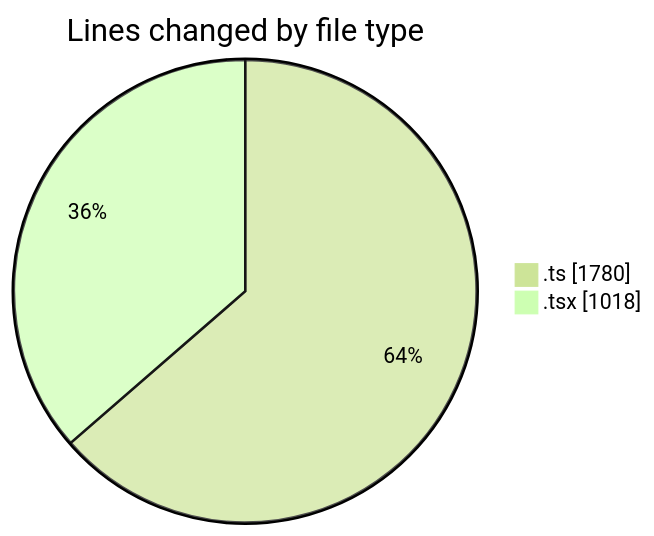
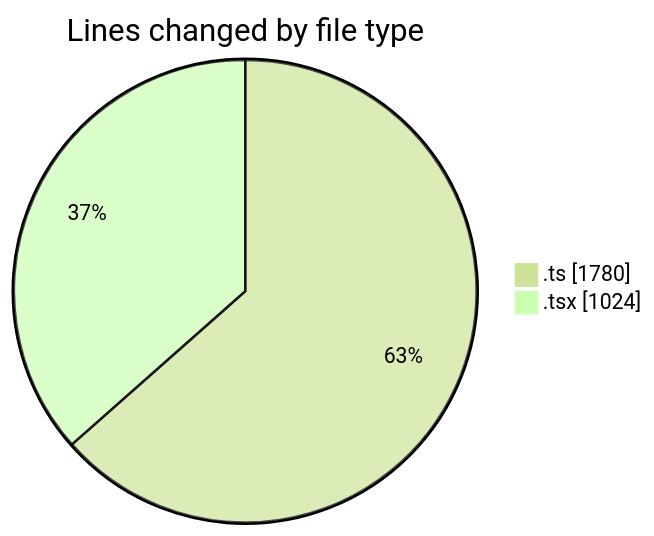
One commit to JenPaints/code-tracking changed the first of 2 diagrams in 2025-06-22/archive/README.md. Above: the diagram before and after it, drawn with Mermaid (forest theme). The commit also changed other lines of this file and 1 other file, not shown here.

````diff
--- a/2025-06-22/archive/README.md
+++ b/2025-06-22/archive/README.md
@@ -26,6 +26,6 @@
 ```mermaid
 pie showData
 title Lines changed by file type
 ".ts" : 1780
-".tsx" : 1018
+".tsx" : 1024
 ```
````
